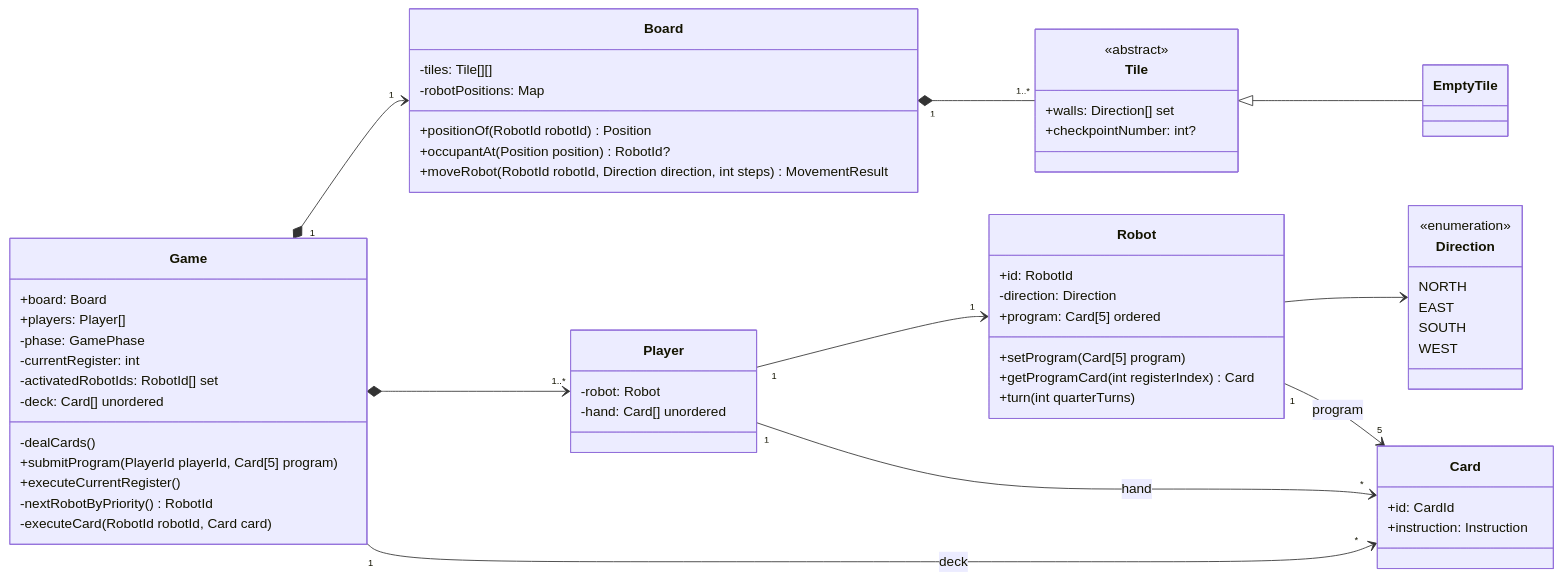
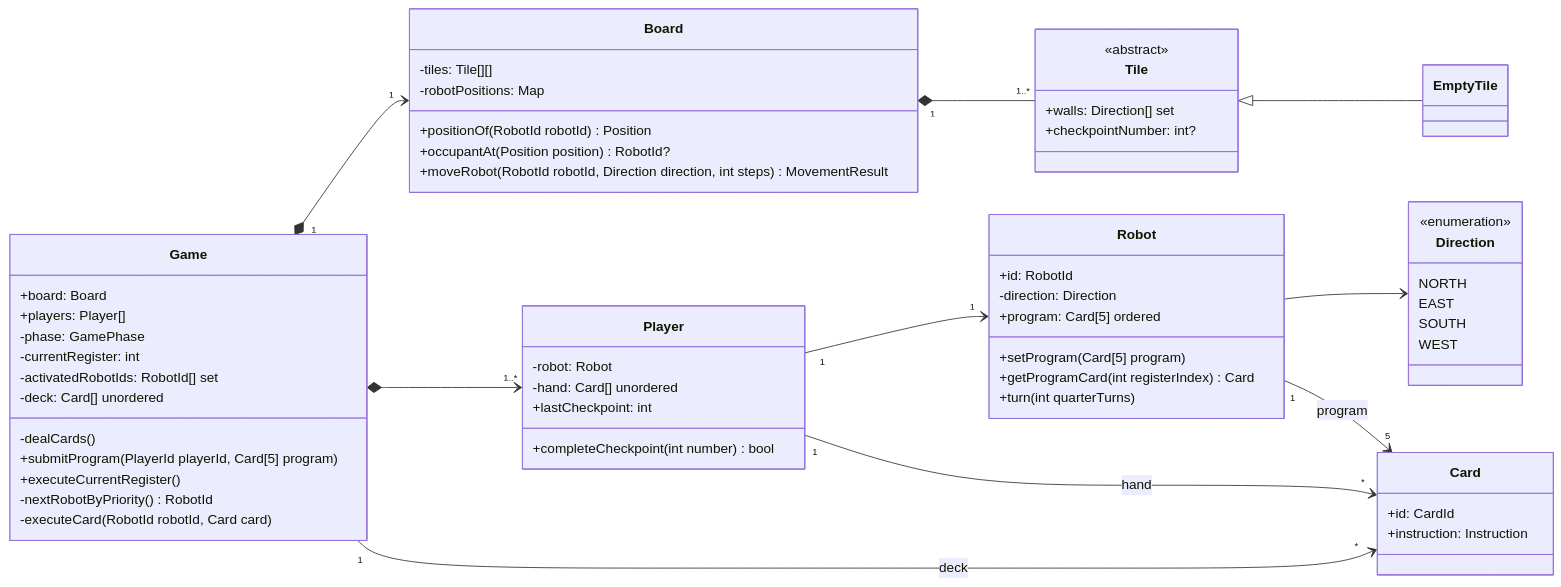
One commit to hananinas/RoboRally changed the diagram in docs/game_model_UML.md. Above: the diagram before and after it, drawn with Mermaid. The commit also changed other lines of this file and 17 other files, not shown here.

````diff
--- a/docs/game_model_UML.md
+++ b/docs/game_model_UML.md
@@ -4,75 +4,77 @@
 ```mermaid
     classDiagram
         direction LR
 
         class Game {
         +board: Board
         +players: Player[]
         -phase: GamePhase
         -currentRegister: int
         -activatedRobotIds: RobotId[] set
         -deck: Card[] unordered
         -dealCards()
         +submitProgram(PlayerId playerId, Card[5] program)
         +executeCurrentRegister()
         -nextRobotByPriority() RobotId
         -executeCard(RobotId robotId, Card card)
         }
 
         class Board {
         -tiles: Tile[][]
         -robotPositions: Map
         +positionOf(RobotId robotId) Position
         +occupantAt(Position position) RobotId?
         +moveRobot(RobotId robotId, Direction direction, int steps) MovementResult
         }
 
         class Tile {
             <<abstract>>
             +walls: Direction[] set
             +checkpointNumber: int?
         }
 
         class EmptyTile
 
         class Player {
         -robot: Robot
         -hand: Card[] unordered
+        +lastCheckpoint: int
+        +completeCheckpoint(int number) bool
         }
 
         class Robot {
         +id: RobotId
         -direction: Direction
         +program: Card[5] ordered
         +setProgram(Card[5] program)
         +getProgramCard(int registerIndex) Card
         +turn(int quarterTurns)
         }
 
         class Direction {
         <<enumeration>>
         NORTH
         EAST
         SOUTH
         WEST
         }
 
         class Card {
             +id: CardId
             +instruction: Instruction
         }
 
         Game "1" *--> "1" Board
         Game *--> "1..*" Player
         Board "1" *-- "1..*" Tile
 
         Robot --> Direction
         Tile <|-- EmptyTile
 
         Player "1" --> "1" Robot
 
         Game "1" --> "*" Card : deck
         Player "1" --> "*" Card : hand
         Robot "1" --> "5" Card : program
 
 ```
````
